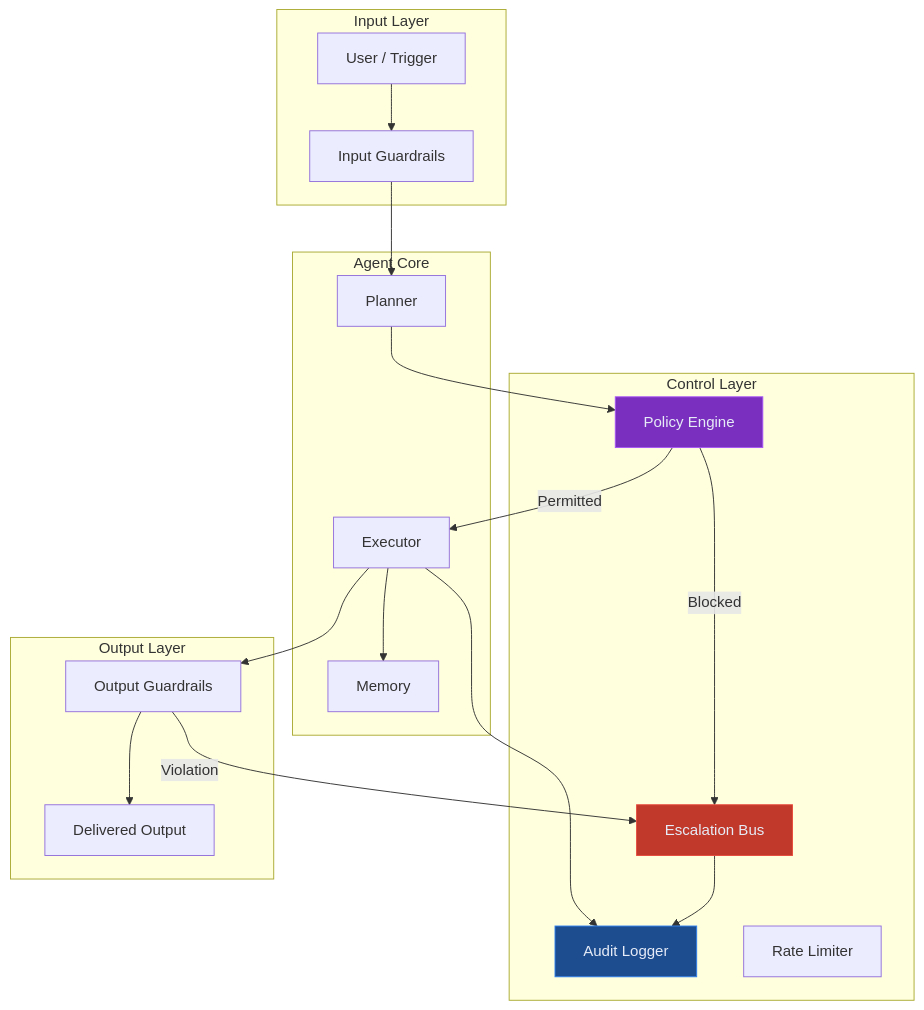
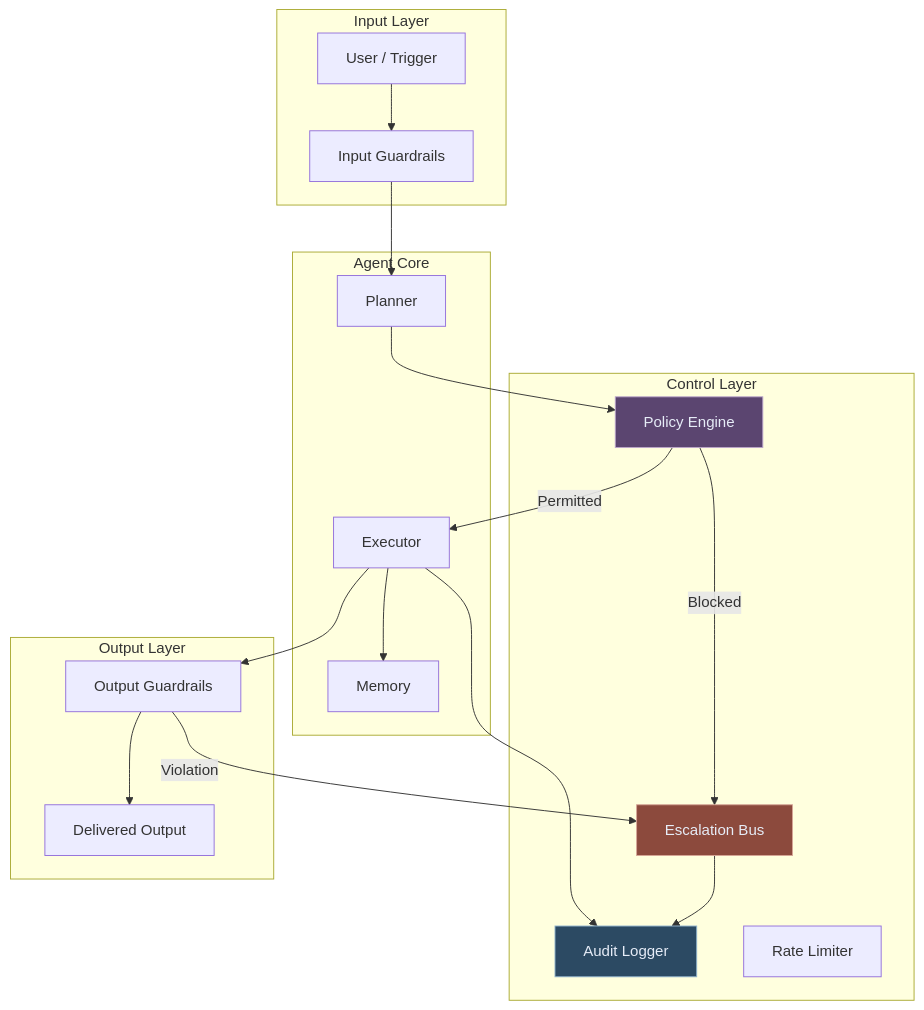
The seventh of 7 diagrams in blog/agentic-ai-design-patterns.md (lorvexai/lorvexai), drawn with Mermaid before and after one commit. The commit also changed other lines of this file and 16 other files, not shown here.

First line of the commit message:
Retune hardcoded Mermaid node colors to match the site palette

````diff
--- a/blog/agentic-ai-design-patterns.md
+++ b/blog/agentic-ai-design-patterns.md
@@ -184,39 +184,39 @@
 ```mermaid
 flowchart TD
     subgraph Input Layer
         U[User / Trigger]
         G1[Input Guardrails]
     end
 
     subgraph Agent Core
         P[Planner]
         E[Executor]
         M[Memory]
     end
 
     subgraph Control Layer
         PL[Policy Engine]
         AL[Audit Logger]
         RL[Rate Limiter]
         EB[Escalation Bus]
     end
 
     subgraph Output Layer
         G2[Output Guardrails]
         O[Delivered Output]
     end
 
     U --> G1 --> P
     P --> PL
     PL -->|Permitted| E
     PL -->|Blocked| EB
     E --> AL
     E --> M
     E --> G2 --> O
     G2 -->|Violation| EB
     EB --> AL
 
-    style PL fill:#7B2FBE,stroke:#a855f7,color:#E6ECF7
-    style AL fill:#1D4C8F,stroke:#2F80ED,color:#E6ECF7
-    style EB fill:#C0392B,stroke:#e74c3c,color:#E6ECF7
+    style PL fill:#5B4570,stroke:#BCA6CC,color:#E6ECF7
+    style AL fill:#2C4A63,stroke:#8FB2CC,color:#E6ECF7
+    style EB fill:#8C4A3D,stroke:#D6A697,color:#E6ECF7
 ```
````
